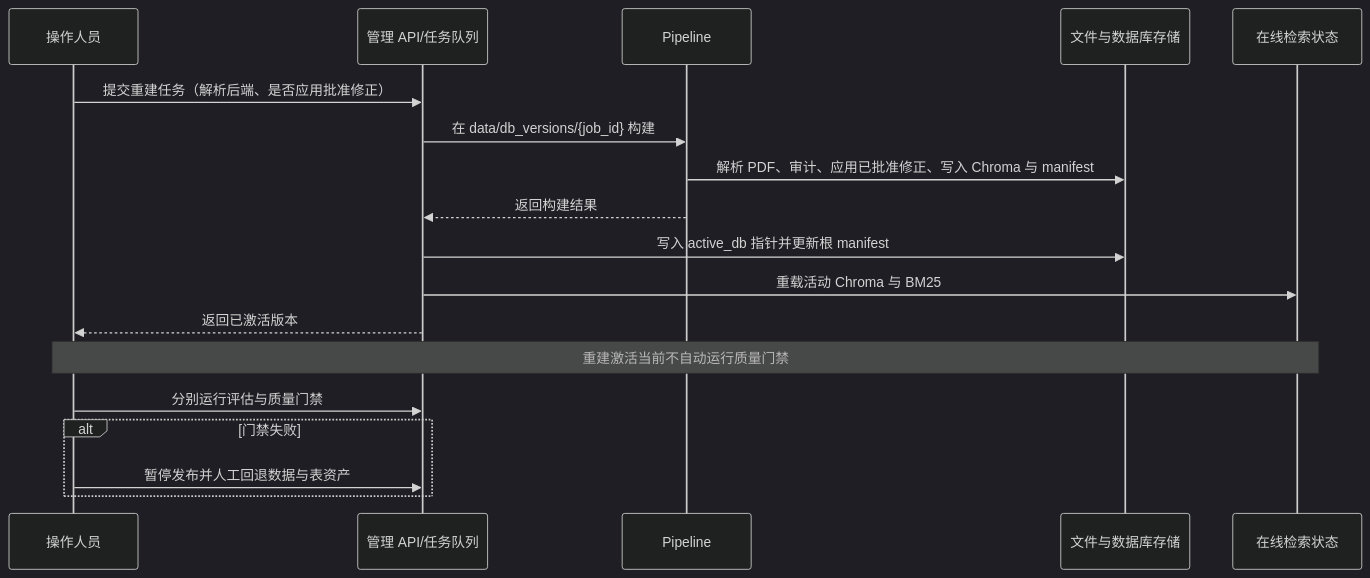
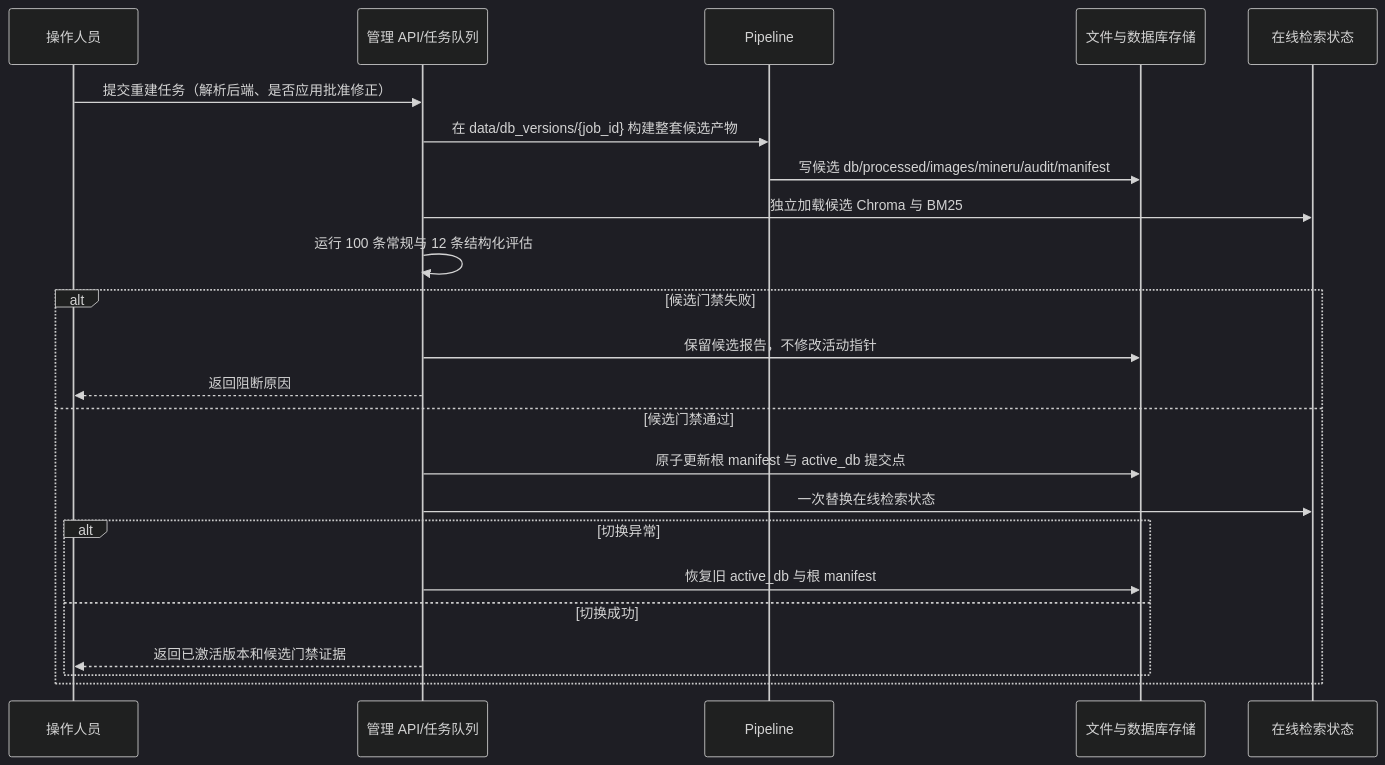
The second of 4 diagrams in 结构设计规范知识库/docs/architecture/系统详细设计.md (xiaochongshanww/Portfolio), drawn with Mermaid (dark theme) before and after one commit. The commit also changed other lines of this file and 30 other files, not shown here.

````diff
--- a/结构设计规范知识库/docs/architecture/系统详细设计.md
+++ b/结构设计规范知识库/docs/architecture/系统详细设计.md
@@ -107,20 +107,25 @@
 ```mermaid
 sequenceDiagram
     participant O as 操作人员
     participant A as 管理 API/任务队列
     participant P as Pipeline
     participant S as 文件与数据库存储
     participant R as 在线检索状态
     O->>A: 提交重建任务（解析后端、是否应用批准修正）
-    A->>P: 在 data/db_versions/{job_id} 构建
-    P->>S: 解析 PDF、审计、应用已批准修正、写入 Chroma 与 manifest
-    P-->>A: 返回构建结果
-    A->>S: 写入 active_db 指针并更新根 manifest
-    A->>R: 重载活动 Chroma 与 BM25
-    A-->>O: 返回已激活版本
-    Note over O,R: 重建激活当前不自动运行质量门禁
-    O->>A: 分别运行评估与质量门禁
-    alt 门禁失败
-        O->>A: 暂停发布并人工回退数据与表资产
+    A->>P: 在 data/db_versions/{job_id} 构建整套候选产物
+    P->>S: 写候选 db/processed/images/mineru/audit/manifest
+    A->>R: 独立加载候选 Chroma 与 BM25
+    A->>A: 运行 100 条常规与 12 条结构化评估
+    alt 候选门禁失败
+        A->>S: 保留候选报告，不修改活动指针
+        A-->>O: 返回阻断原因
+    else 候选门禁通过
+        A->>S: 原子更新根 manifest 与 active_db 提交点
+        A->>R: 一次替换在线检索状态
+        alt 切换异常
+            A->>S: 恢复旧 active_db 与根 manifest
+        else 切换成功
+            A-->>O: 返回已激活版本和候选门禁证据
+        end
     end
 ```
````
